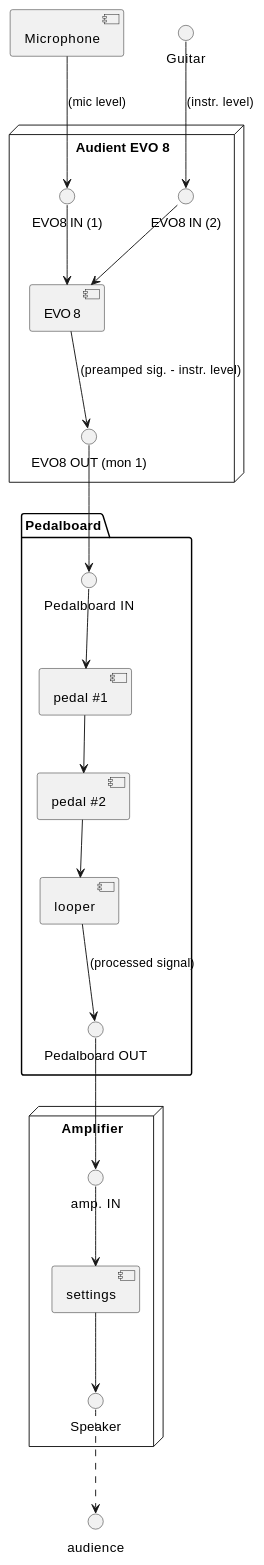
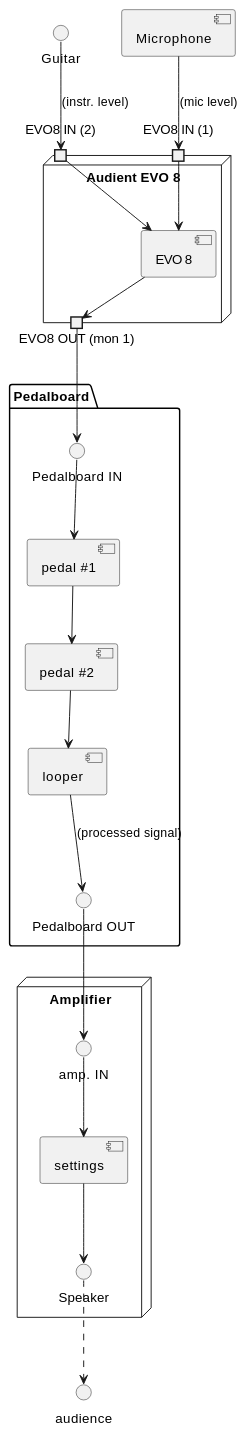
Before and after one commit to Moustov/pedalboard: the first of 2 diagrams in docs/studio.md, drawn with PlantUML. The commit also changed other lines of this file, not shown here.

````diff
--- a/docs/studio.md
+++ b/docs/studio.md
@@ -5,29 +5,32 @@
 ```plantuml
 @startuml soundboardBased
 
 package "Pedalboard" {
   "Pedalboard IN" --> [pedal #1]
   [pedal #1] --> [pedal #2]
   [pedal #2] --> [looper]
   [looper] --> "Pedalboard OUT" : "(processed signal)"
 }
 
 node "Audient EVO 8" {
+  portin "EVO8 IN (1)"
+  portin "EVO8 IN (2)"
+  portout "EVO8 OUT (mon 1)"
   "EVO8 IN (1)" --> [EVO 8] 
   "EVO8 IN (2)" --> [EVO 8]
   [EVO 8] --> "EVO8 OUT (mon 1)" : "(preamped sig. - instr. level)"
 }
 
 node "Amplifier" {
   "amp. IN" --> [settings]
   [settings] --> "Speaker"
 }
 
 [Microphone] --> "EVO8 IN (1)" : "(mic level)"
 "Guitar" --> "EVO8 IN (2)" : "(instr. level)"
 "EVO8 OUT (mon 1)" --> "Pedalboard IN"
 "Pedalboard OUT" --> "amp. IN"
 "Speaker" ..> audience
 
 @enduml
 ```
````
